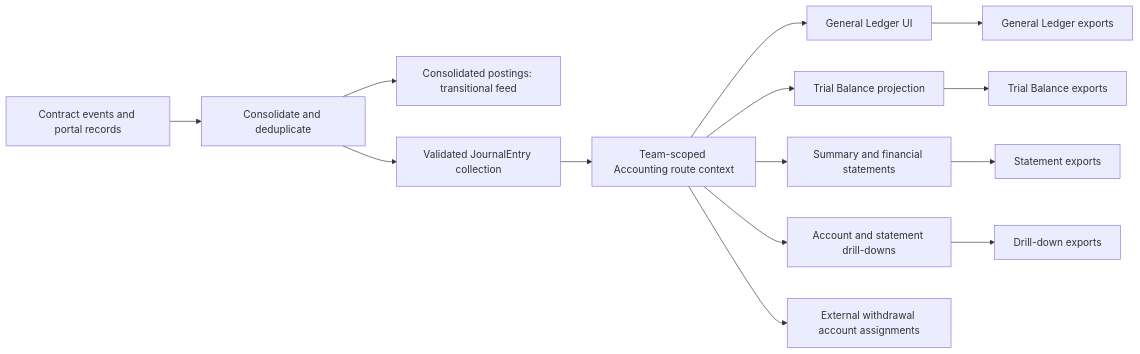
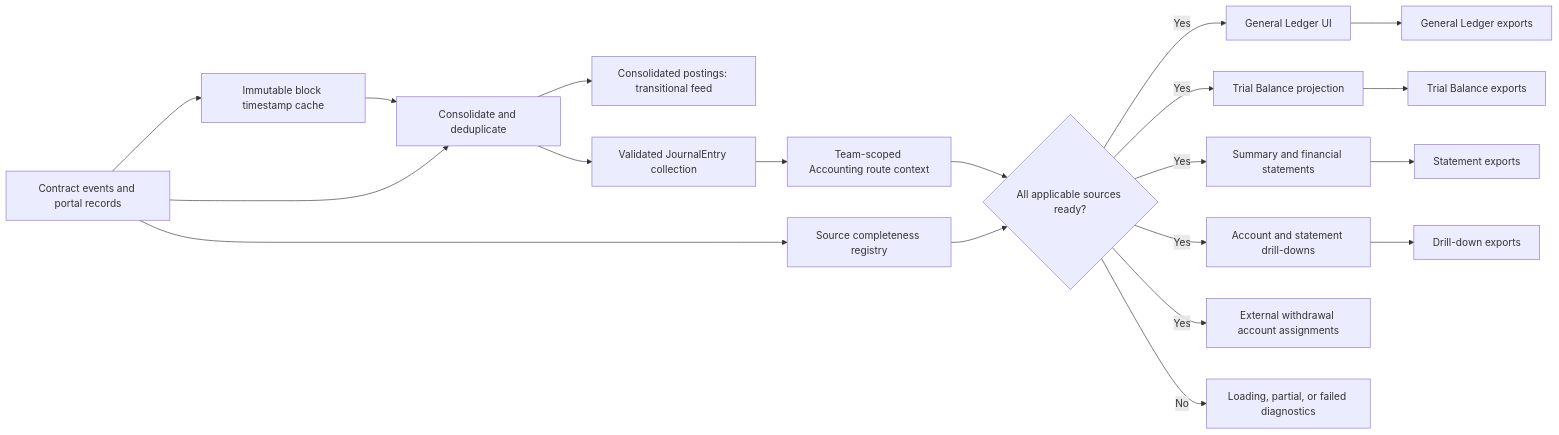
One commit to globe-and-citizen/cnc-portal changed the diagram in docs/features/accounting/README.md. Above: the diagram before and after it, drawn with Mermaid. The commit also changed other lines of this file and 3 other files, not shown here.

Commit message:
docs: 📝 document Accounting source completeness

````diff
--- a/docs/features/accounting/README.md
+++ b/docs/features/accounting/README.md
@@ -61,16 +66,27 @@
 ```mermaid
 flowchart LR
     Sources[Contract events and portal records] --> Consolidate[Consolidate and deduplicate]
+    Sources --> Completeness[Source completeness registry]
+    Sources --> TimestampCache[Immutable block timestamp cache]
+    TimestampCache --> Consolidate
     Consolidate --> Postings[Consolidated postings: transitional feed]
     Consolidate --> Journal[Validated JournalEntry collection]
+    Completeness --> Ready{All applicable sources ready?}
     Journal --> Context[Team-scoped Accounting route context]
-    Context --> GeneralLedger[General Ledger UI]
-    Context --> Trial[Trial Balance projection]
-    Context --> Statements[Summary and financial statements]
-    Context --> Drilldowns[Account and statement drill-downs]
-    Context --> Assignments[External withdrawal account assignments]
+    Context --> Ready
+    Ready -->|Yes| GeneralLedger
+    Ready -->|Yes| Trial
+    Ready -->|Yes| Statements
+    Ready -->|Yes| Drilldowns
+    Ready -->|Yes| Assignments
+    Ready -->|No| Diagnostics[Loading, partial, or failed diagnostics]
+    GeneralLedger[General Ledger UI]
+    Trial[Trial Balance projection]
+    Statements[Summary and financial statements]
+    Drilldowns[Account and statement drill-downs]
+    Assignments[External withdrawal account assignments]
     GeneralLedger --> GeneralLedgerExports[General Ledger exports]
     Trial --> TrialExports[Trial Balance exports]
     Statements --> StatementExports[Statement exports]
     Drilldowns --> DrilldownExports[Drill-down exports]
 ```
````
